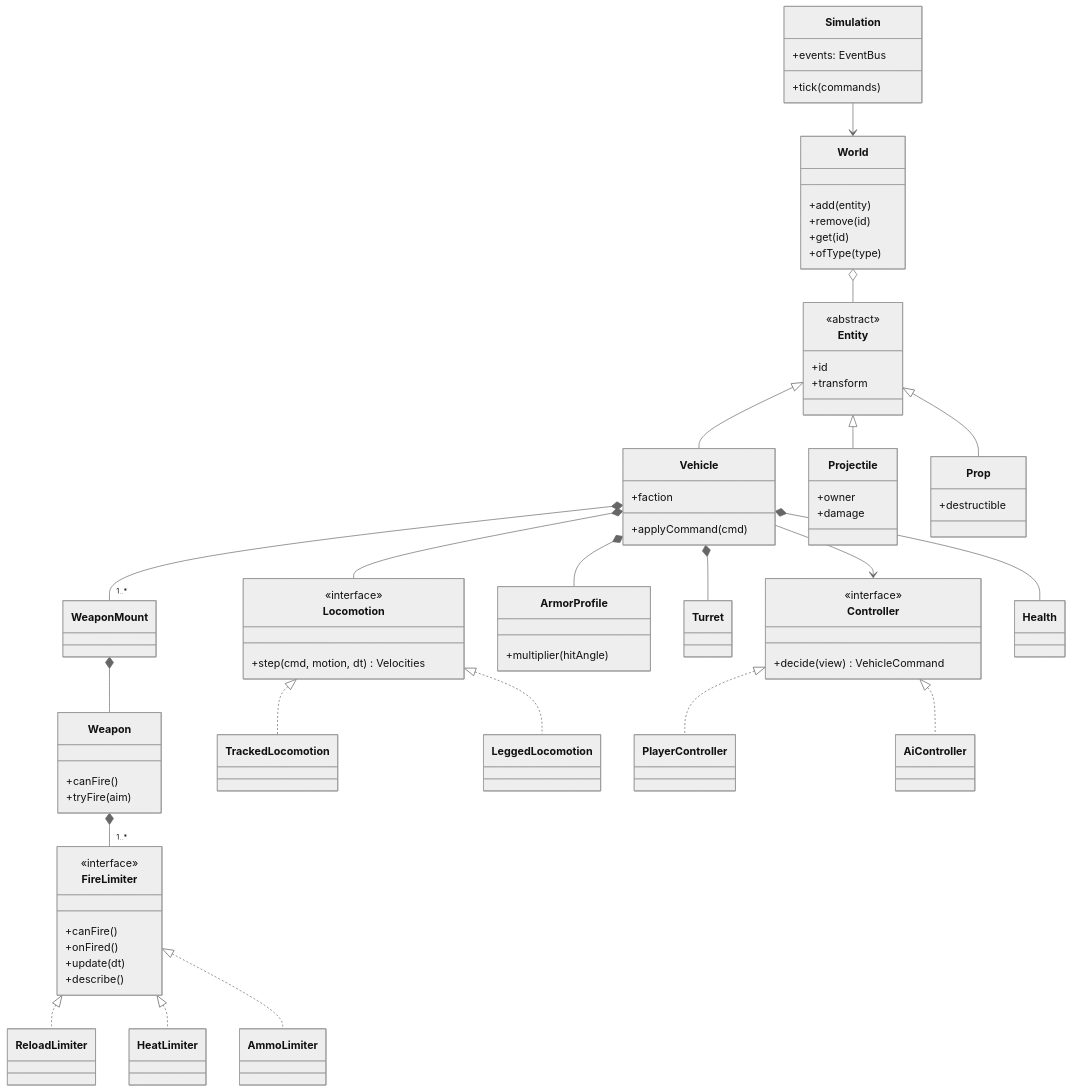
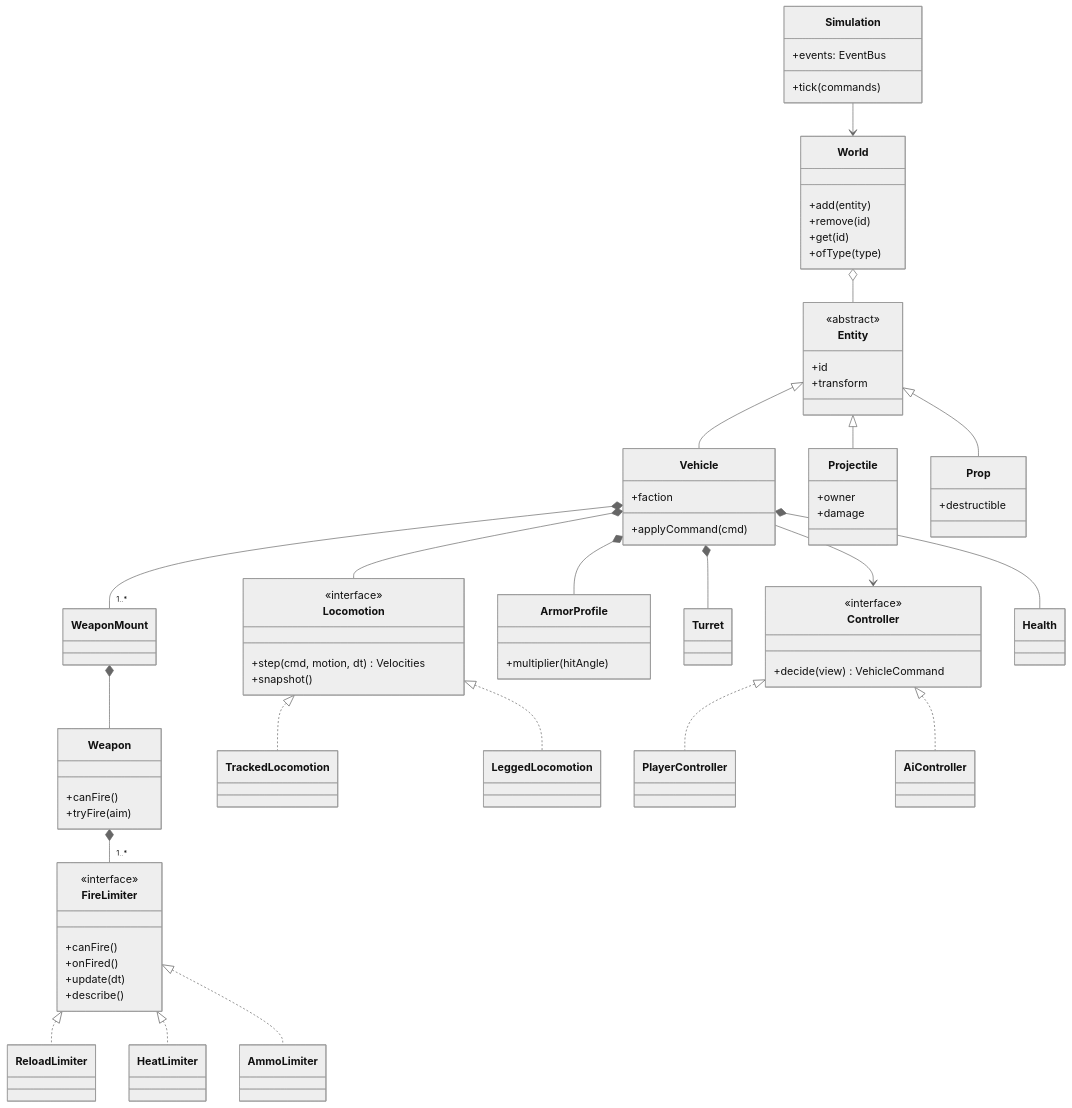
Before and after one commit to boneill406/hardpoint: the second of 2 diagrams in docs/architecture.md, drawn with Mermaid (neutral theme). The commit also changed 4 other files, not shown here.

````diff
--- a/docs/architecture.md
+++ b/docs/architecture.md
@@ -49,71 +49,72 @@
 ```mermaid
 classDiagram
   class Simulation {
     +tick(commands)
     +events: EventBus
   }
   class World {
     +add(entity)
     +remove(id)
     +get(id)
     +ofType(type)
   }
   class Entity {
     <<abstract>>
     +id
     +transform
   }
   class Vehicle {
     +faction
     +applyCommand(cmd)
   }
   class Projectile {
     +owner
     +damage
   }
   class Prop {
     +destructible
   }
   class Locomotion {
     <<interface>>
     +step(cmd, motion, dt) Velocities
+    +snapshot()
   }
   class Controller {
     <<interface>>
     +decide(view) VehicleCommand
   }
   class Weapon {
     +canFire()
     +tryFire(aim)
   }
   class FireLimiter {
     <<interface>>
     +canFire()
     +onFired()
     +update(dt)
     +describe()
   }
   class ArmorProfile {
     +multiplier(hitAngle)
   }
   Simulation --> World
   World o-- Entity
   Entity <|-- Vehicle
   Entity <|-- Projectile
   Entity <|-- Prop
   Vehicle *-- Locomotion
   Vehicle *-- Turret
   Vehicle *-- "1..*" WeaponMount
   Vehicle *-- ArmorProfile
   Vehicle *-- Health
   Vehicle --> Controller
   WeaponMount *-- Weapon
   Weapon *-- "1..*" FireLimiter
   Locomotion <|.. TrackedLocomotion
   Locomotion <|.. LeggedLocomotion
   Controller <|.. PlayerController
   Controller <|.. AiController
   FireLimiter <|.. ReloadLimiter
   FireLimiter <|.. HeatLimiter
   FireLimiter <|.. AmmoLimiter
 ```
````
